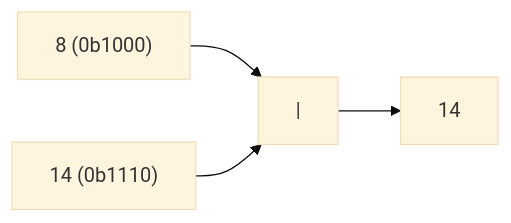
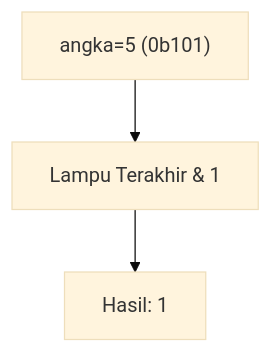
Diagram 14 of 25 in part-c-pemahaman-cpp/06-bitwise/latihan/set-01.md (amnahwaida/OSNK_INF_PREP), drawn with Mermaid (base theme) before and after one commit. The commit also changed other lines of this file and 71 other files, not shown here.

````diff
--- a/part-c-pemahaman-cpp/06-bitwise/latihan/set-01.md
+++ b/part-c-pemahaman-cpp/06-bitwise/latihan/set-01.md
@@ -363,6 +377,5 @@
 ```mermaid
-graph LR
-A["8 (0b1000)"] --> C["|"]
-B["14 (0b1110)"] --> C
-C --> D["14"]
+graph TD
+A["angka=5 (0b101)"] --> B["Lampu Terakhir & 1"]
+B --> C["Hasil: 1"]
 ```
````
